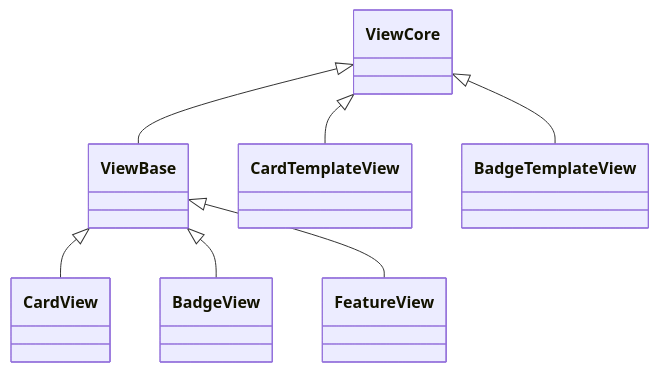
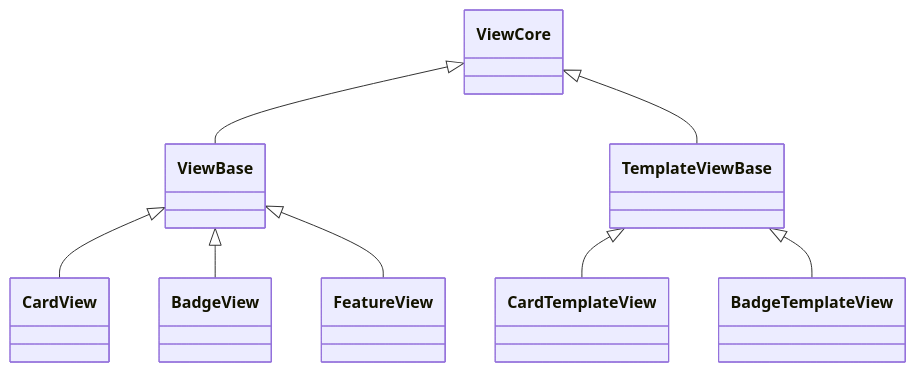
Before and after one commit to francois-le-ko4la/lovelace-entity-progress-card: the second of 3 diagrams in docs/development.md, drawn with Mermaid. The commit also changed other lines of this file and 26 other files, not shown here.

Commit message:
refactor: typed entity reading replaces EntityOrValue, entityView seam and TemplateViewBase split out of ViewCore; docs: view hierarchy, changelog

````diff
--- a/docs/development.md
+++ b/docs/development.md
@@ -201,9 +201,10 @@
 ```mermaid
 classDiagram
     ViewCore <|-- ViewBase
-    ViewCore <|-- CardTemplateView
-    ViewCore <|-- BadgeTemplateView
+    ViewCore <|-- TemplateViewBase
+    TemplateViewBase <|-- CardTemplateView
+    TemplateViewBase <|-- BadgeTemplateView
     ViewBase <|-- CardView
     ViewBase <|-- BadgeView
     ViewBase <|-- FeatureView
 ```
````
